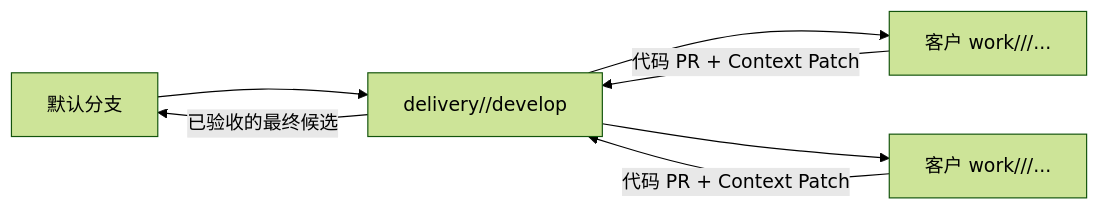
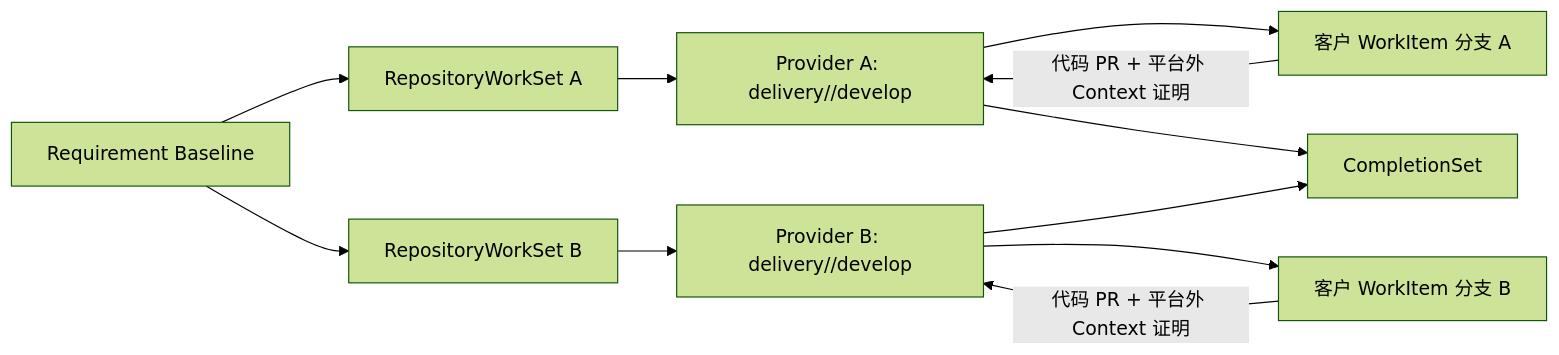
One commit to wzz123123123/InAccord changed the second of 2 diagrams in requirements-agent-platform-design.md. Above: the diagram before and after it, drawn with Mermaid (forest theme). The commit also changed other lines of this file and 13 other files, not shown here.

````diff
--- a/requirements-agent-platform-design.md
+++ b/requirements-agent-platform-design.md
@@ -781,9 +797,13 @@
 ```mermaid
 flowchart LR
-    M["默认分支"] --> D["delivery/<batch-id>/develop"]
-    D --> W1["客户 work/<batch-id>/<work-item-id>/..."]
-    D --> W2["客户 work/<batch-id>/<work-item-id>/..."]
-    W1 -->|"代码 PR + Context Patch"| D
-    W2 -->|"代码 PR + Context Patch"| D
-    D -->|"已验收的最终候选"| M
+    B["Requirement Baseline"] --> R1["RepositoryWorkSet A"]
+    B --> R2["RepositoryWorkSet B"]
+    R1 --> D1["Provider A: delivery/<batch-id>/develop"]
+    R2 --> D2["Provider B: delivery/<batch-id>/develop"]
+    D1 --> W1["客户 WorkItem 分支 A"]
+    D2 --> W2["客户 WorkItem 分支 B"]
+    W1 -->|"代码 PR + 平台外 Context 证明"| D1
+    W2 -->|"代码 PR + 平台外 Context 证明"| D2
+    D1 --> C["CompletionSet"]
+    D2 --> C
 ```
````
